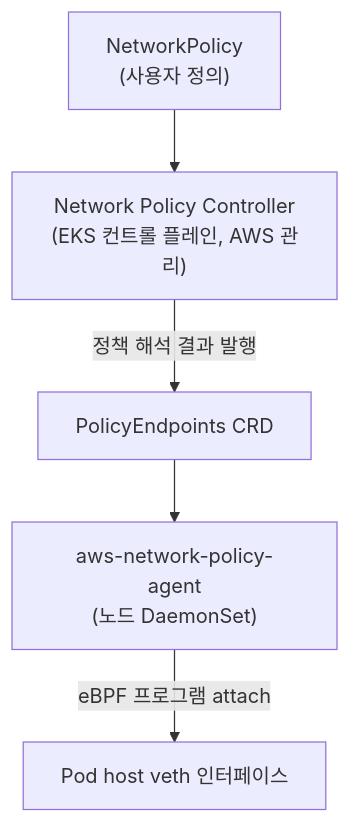
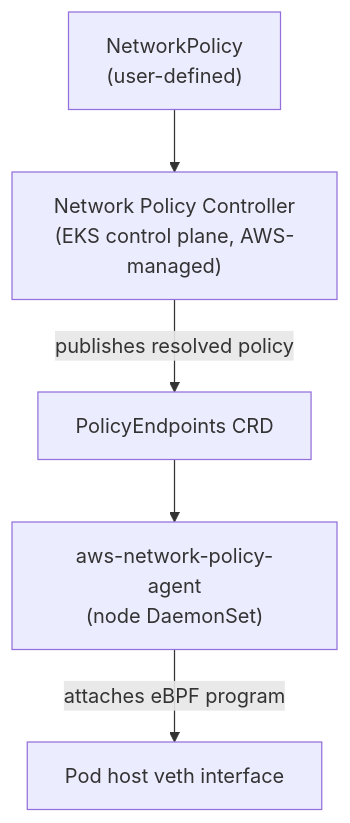
Before and after one commit to devfloor9/engineering-playbook: the second of 2 diagrams in docs/eks-best-practices/networking-performance/vpc-cni-deep-dive.md, drawn with Mermaid. The commit also changed other lines of this file and 954 other files, not shown here.

````diff
--- a/docs/eks-best-practices/networking-performance/vpc-cni-deep-dive.md
+++ b/docs/eks-best-practices/networking-performance/vpc-cni-deep-dive.md
@@ -147,7 +147,7 @@
 ```mermaid
 flowchart TB
-    NP["NetworkPolicy<br/>(사용자 정의)"] --> NPC["Network Policy Controller<br/>(EKS 컨트롤 플레인, AWS 관리)"]
-    NPC -->|"정책 해석 결과 발행"| PE["PolicyEndpoints CRD"]
-    PE --> NPA["aws-network-policy-agent<br/>(노드 DaemonSet)"]
-    NPA -->|"eBPF 프로그램 attach"| VETH["Pod host veth 인터페이스"]
+    NP["NetworkPolicy<br/>(user-defined)"] --> NPC["Network Policy Controller<br/>(EKS control plane, AWS-managed)"]
+    NPC -->|"publishes resolved policy"| PE["PolicyEndpoints CRD"]
+    PE --> NPA["aws-network-policy-agent<br/>(node DaemonSet)"]
+    NPA -->|"attaches eBPF program"| VETH["Pod host veth interface"]
 ```
````
